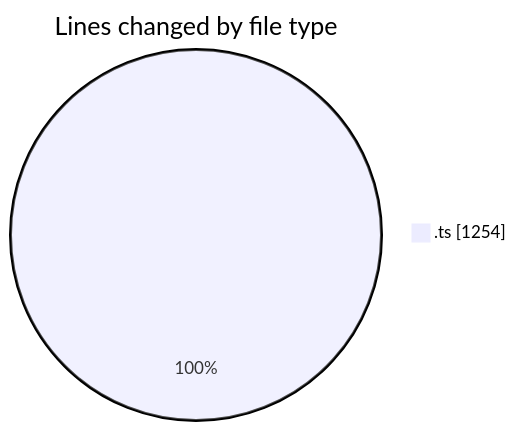
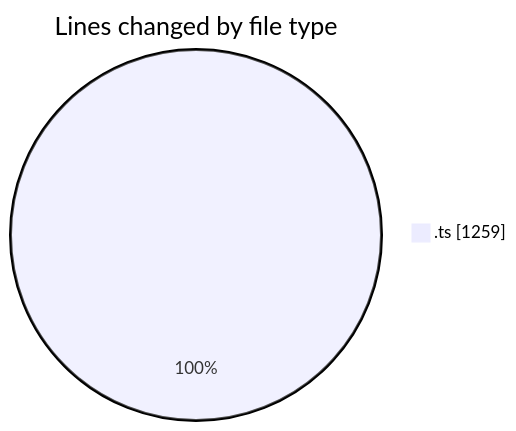
One commit to momahboobian/code-tracking changed the first of 2 diagrams in 2025-12-16/cda/README.md. Above: the diagram before and after it, drawn with Mermaid. The commit also changed other lines of this file and 1 other file, not shown here.

````diff
--- a/2025-12-16/cda/README.md
+++ b/2025-12-16/cda/README.md
@@ -21,5 +21,5 @@
 ```mermaid
 pie showData
 title Lines changed by file type
-".ts" : 1254
+".ts" : 1259
 ```
````
